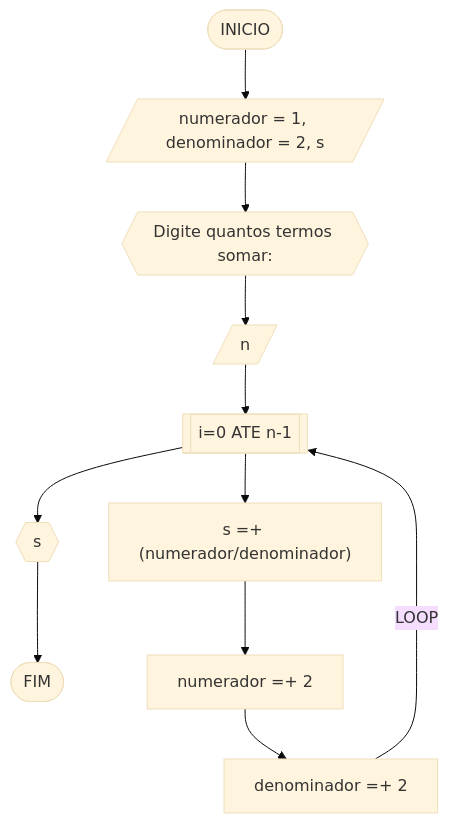
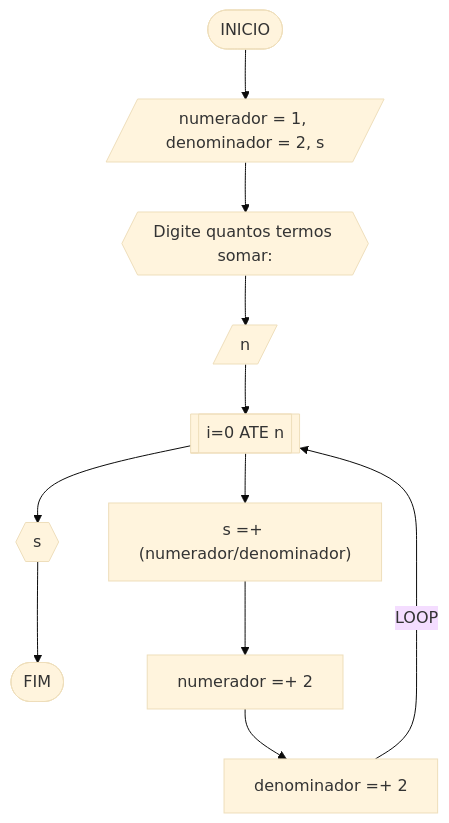
The fourth of 7 diagrams in RLA/unidade1/AD1.md (AlissonFT2/unifor), drawn with Mermaid (base theme) before and after one commit. The commit also changed other lines of this file, not shown here.

````diff
--- a/RLA/unidade1/AD1.md
+++ b/RLA/unidade1/AD1.md
@@ -209,14 +209,14 @@
 ```mermaid
 flowchart TD
 A([INICIO]) --> Z[/numerador = 1, denominador = 2, s/]
 Z --> B{{Digite quantos termos somar: }}
 B --> C[/n/]
-C --> D[[i=0 ATE n-1]]
+C --> D[[i=0 ATE n]]
 D --> H{{s}}
 H --> J([FIM])
 D --> E["s =+ (numerador/denominador)"]
 E --> F[numerador =+ 2]
 F --> G[denominador =+ 2]
 
 G --LOOP--> D
 ```
````
